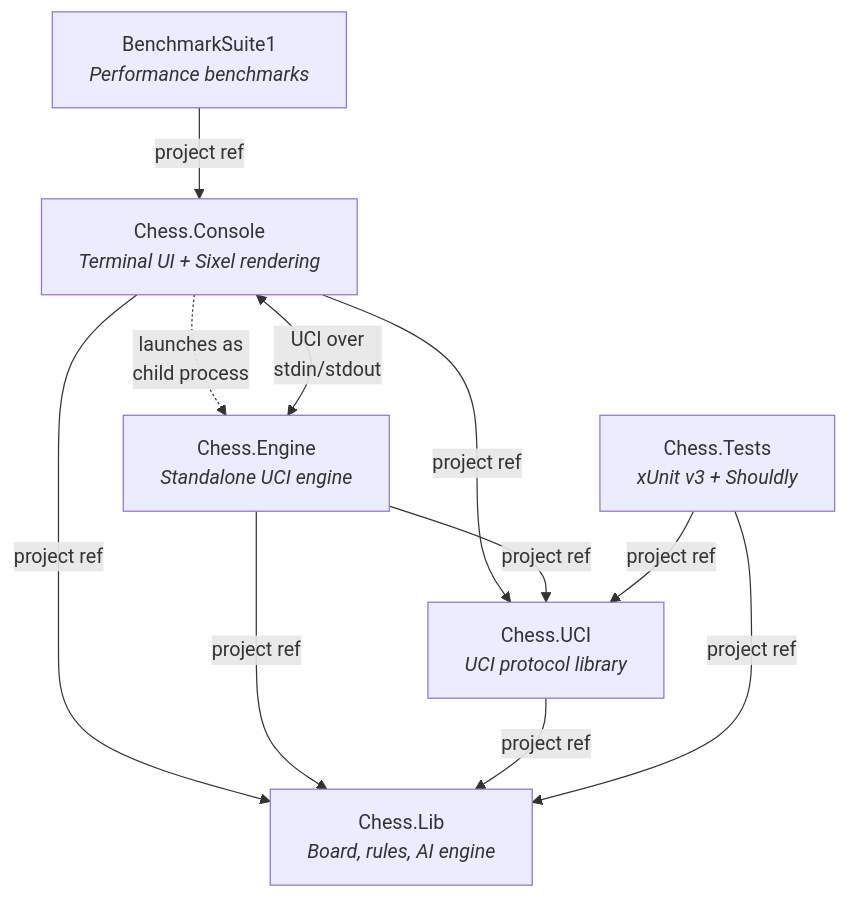
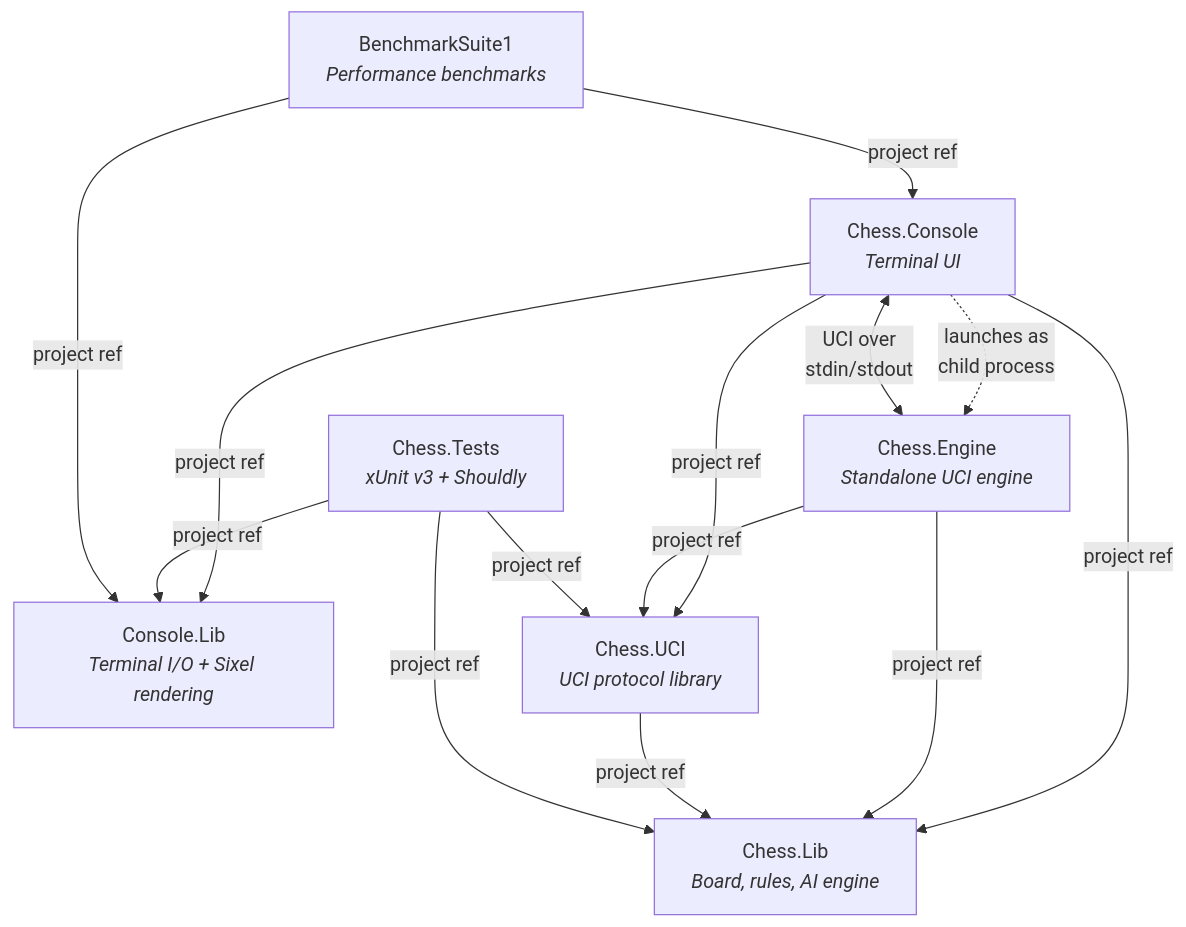
The diagram in README.md (sebgod/chess), drawn with Mermaid before and after one commit.

````diff
--- a/README.md
+++ b/README.md
@@ -115,21 +115,25 @@
 ```mermaid
 graph TD
-    Console["Chess.Console<br/><i>Terminal UI + Sixel rendering</i>"]
+    Console["Chess.Console<br/><i>Terminal UI</i>"]
+    ConLib["Console.Lib<br/><i>Terminal I/O + Sixel rendering</i>"]
     Engine["Chess.Engine<br/><i>Standalone UCI engine</i>"]
     UCI["Chess.UCI<br/><i>UCI protocol library</i>"]
     Lib["Chess.Lib<br/><i>Board, rules, AI engine</i>"]
     Tests["Chess.Tests<br/><i>xUnit v3 + Shouldly</i>"]
     Bench["BenchmarkSuite1<br/><i>Performance benchmarks</i>"]
 
+    Console -- "project ref" --> ConLib
     Console -- "project ref" --> Lib
     Console -- "project ref" --> UCI
     Console -. "launches as<br/>child process" .-> Engine
     Engine -- "project ref" --> Lib
     Engine -- "project ref" --> UCI
     UCI -- "project ref" --> Lib
+    Tests -- "project ref" --> ConLib
     Tests -- "project ref" --> Lib
     Tests -- "project ref" --> UCI
+    Bench -- "project ref" --> ConLib
     Bench -- "project ref" --> Console
 
     Console <-- "UCI over<br/>stdin/stdout" --> Engine
 ```
````
